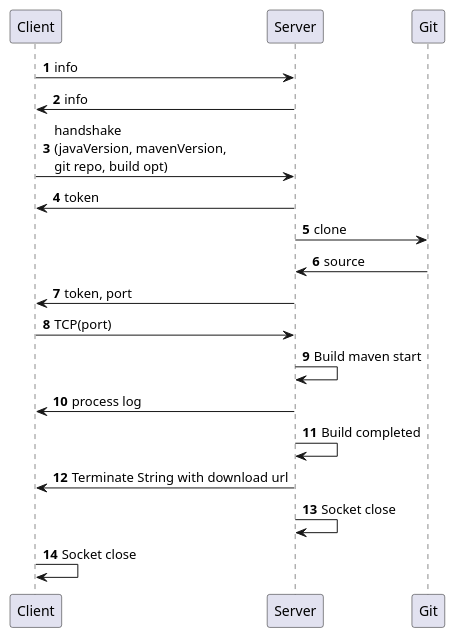
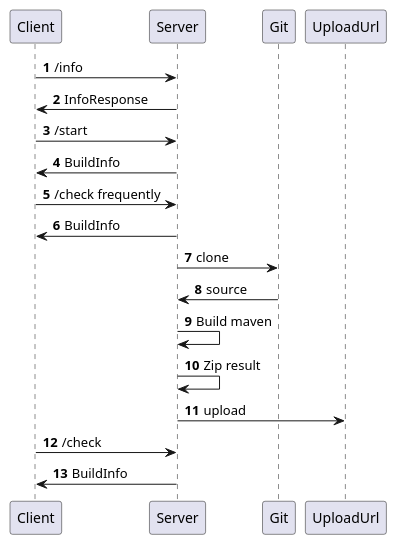
One commit to krifle/mvn-builder changed the diagram in docs/maven-build-flow.puml. Above: the diagram before and after it, drawn with PlantUML. The commit also changed 1 other file, not shown here.

```diff
--- a/docs/maven-build-flow.puml
+++ b/docs/maven-build-flow.puml
@@ -1,22 +1,23 @@
 @startuml
 autonumber
 
-Client -> Server: info
-Server -> Client: info
+Client -> Server: /info
+Server -> Client: InfoResponse
 
-Client -> Server: handshake \n(javaVersion, mavenVersion, \ngit repo, build opt)
-Server -> Client: token
+Client -> Server: /start
+Server -> Client: BuildInfo
+
+Client -> Server: /check frequently
+Server -> Client: BuildInfo
 
 Server -> Git: clone
 Git -> Server: source
 
-Server -> Client: token, port
-Client -> Server: TCP(port)
-Server -> Server: Build maven start
-Server -> Client: process log
-Server -> Server: Build completed
-Server -> Client: Terminate String with download url
-Server -> Server: Socket close
-Client -> Client: Socket close
+Server -> Server: Build maven
+Server -> Server: Zip result
 
+Server -> UploadUrl: upload
+
+Client -> Server: /check
+Server -> Client: BuildInfo
 @enduml
```
